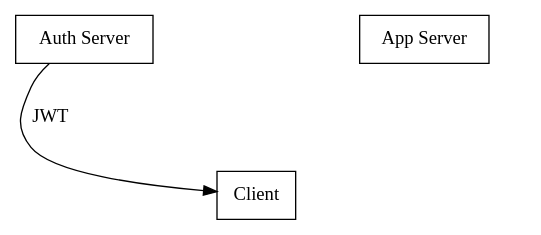
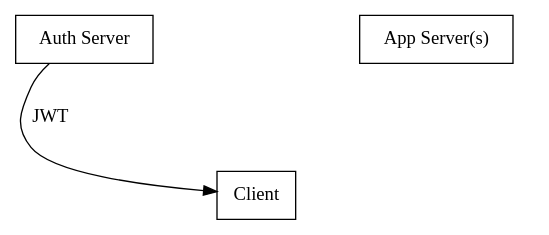
The third of 10 diagrams in docs/slides.org (aocks/ox_jwt), drawn with Graphviz before and after one commit. The commit also changed other lines of this file and 8 other files, not shown here.

```diff
--- a/docs/slides.org
+++ b/docs/slides.org
@@ -181,28 +181,28 @@
 #+begin_src dot :cmdline -Kdot -Tjpg :exports results :file images/jwt-auth-vs-app-auth-response.jpg :eval never-export
 
 digraph auth_system {
     // Define subgraphs
     subgraph top {
         rank=same;
         AuthServer [label="Auth Server", shape=box];
         hidden [style=invis];
-        AppServer [label="App Server", shape=box];
+        AppServer [label="App Server(s)", shape=box];
     }
 
     subgraph bottom {
         rank=same;
         Client [label="Client", shape=box];
     }
 
     // Define connections
     AuthServer -> Client [label="JWT", constraint=false, splines=ortho];
     Client -> AuthServer [label="Authenticate\n(e.g., login\nor OAuth)", constraint=false, splines=ortho,style=invis];
     Client -> AppServer [label="Request Service\nusing JWT", constraint=false, splines=ortho,style=invis];
 
     // Define hidden edges to force layout
     AuthServer -> hidden [style=invis];
     hidden -> AppServer [style=invis];
     hidden -> Client [style=invis];
 }
 
 #+end_src
```
